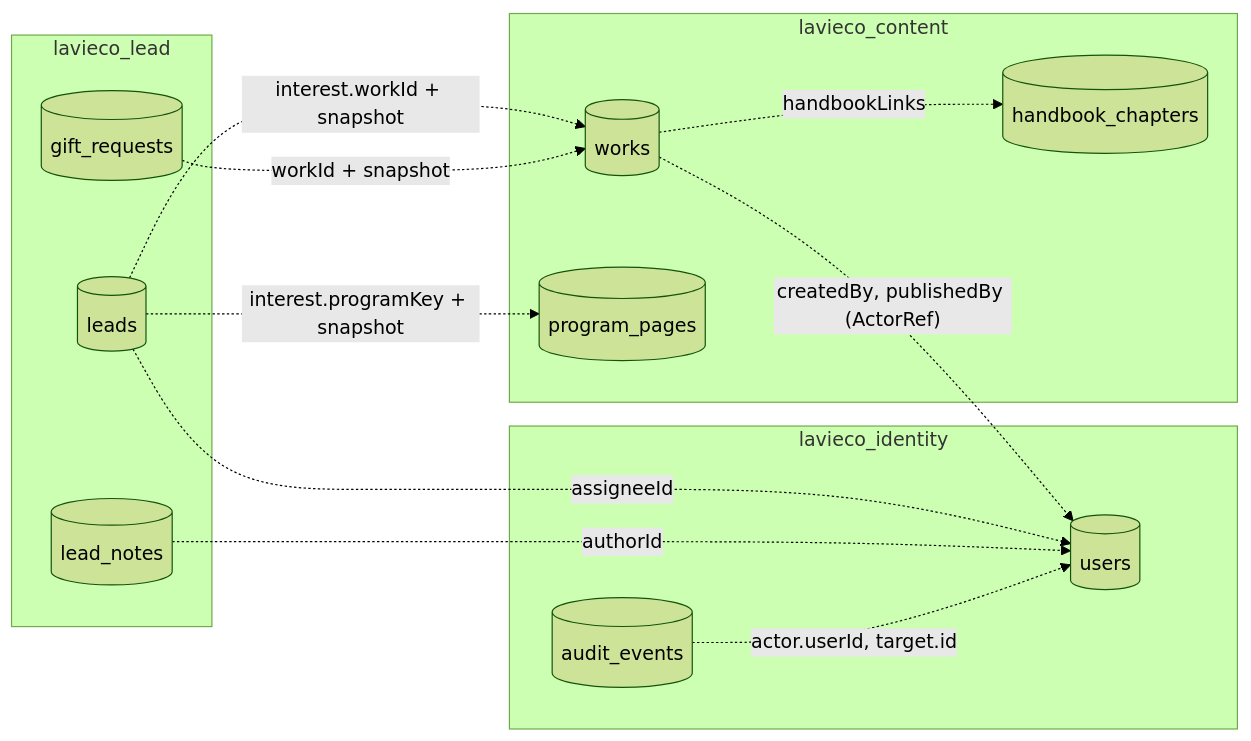
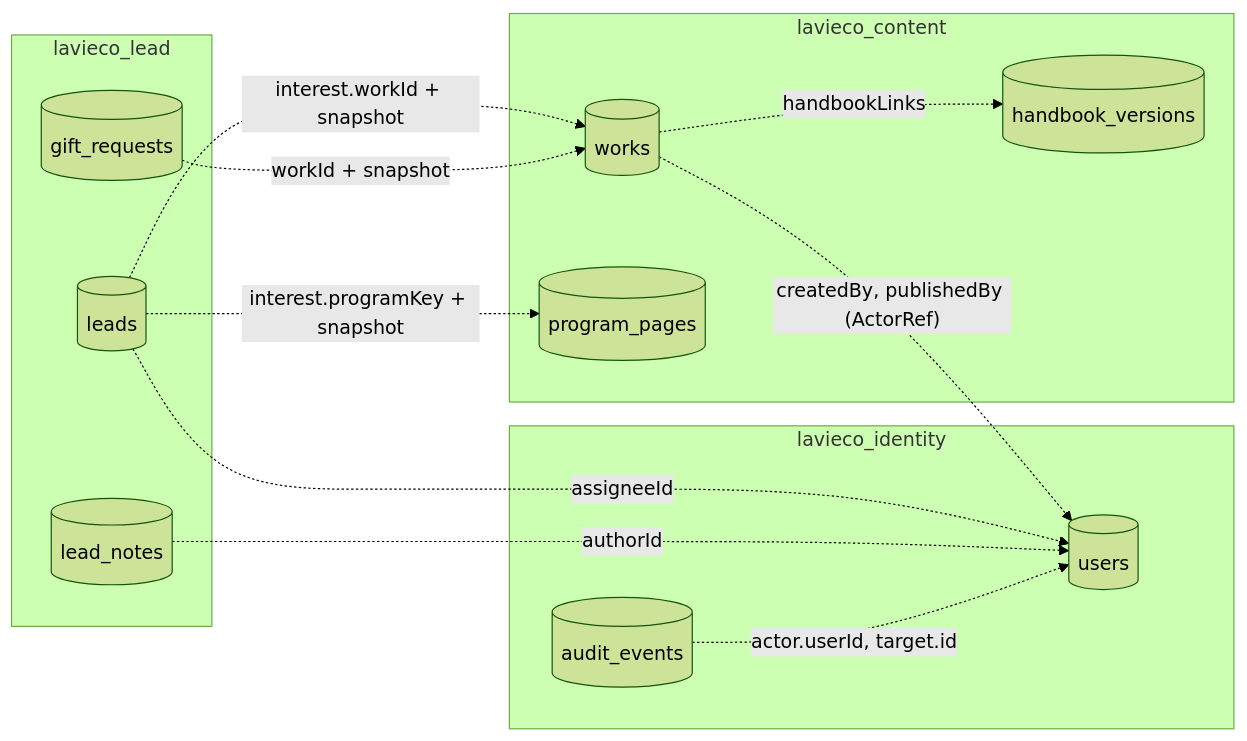
One commit to vctrong/lavieco changed the fourth of 4 diagrams in docs/03-co-so-du-lieu.md. Above: the diagram before and after it, drawn with Mermaid (forest theme). The commit also changed other lines of this file and 119 other files, not shown here.

````diff
--- a/docs/03-co-so-du-lieu.md
+++ b/docs/03-co-so-du-lieu.md
@@ -609,26 +605,26 @@
 ```mermaid
 flowchart LR
   subgraph identity["lavieco_identity"]
     users[("users")]
     audit[("audit_events")]
   end
   subgraph content["lavieco_content"]
     works[("works")]
     prog[("program_pages")]
-    chap[("handbook_chapters")]
+    chap[("handbook_versions")]
   end
   subgraph lead["lavieco_lead"]
     leads[("leads")]
     gifts[("gift_requests")]
     notes[("lead_notes")]
   end
 
   leads -. "assigneeId" .-> users
   notes -. "authorId" .-> users
   leads -. "interest.programKey + snapshot" .-> prog
   leads -. "interest.workId + snapshot" .-> works
   gifts -. "workId + snapshot" .-> works
   works -. "handbookLinks" .-> chap
   works -. "createdBy, publishedBy (ActorRef)" .-> users
   audit -. "actor.userId, target.id" .-> users
 ```
````
